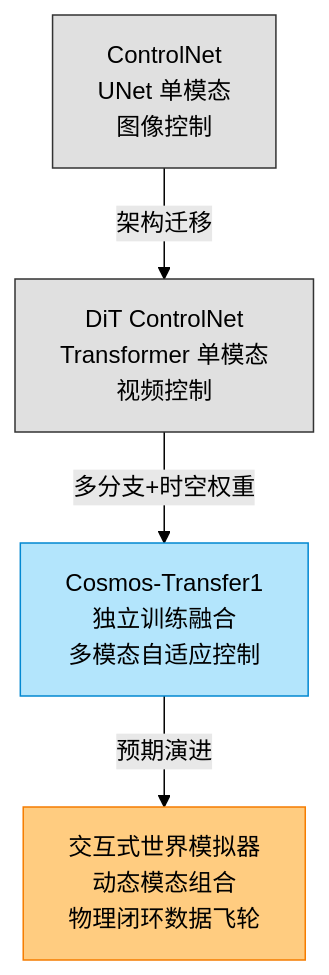
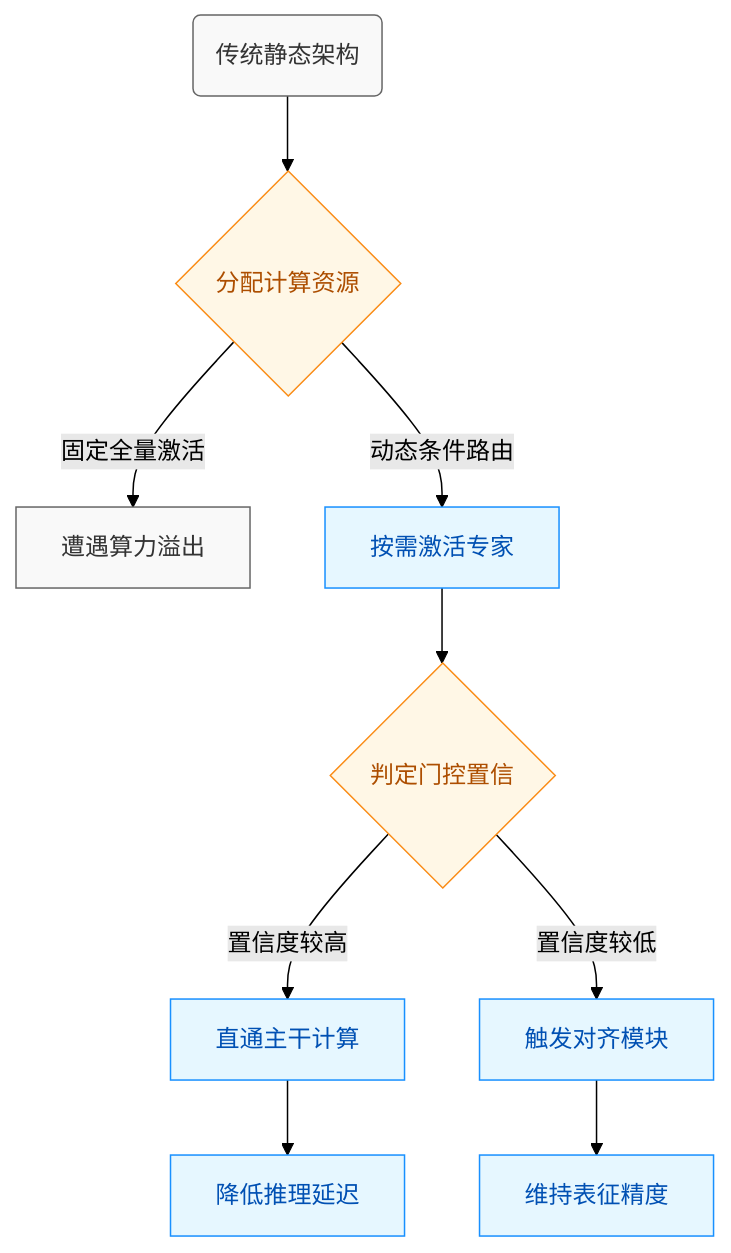
Before and after one commit to ShinewineW/paper-rolling: the tenth of 10 diagrams in person_vault/2026-06-07_CosmosTransfer1_2503.14492/report.md, drawn with Mermaid (forest theme). The commit also changed other lines of this file and 300 other files, not shown here.

````diff
--- a/person_vault/2026-06-07_CosmosTransfer1_2503.14492/report.md
+++ b/person_vault/2026-06-07_CosmosTransfer1_2503.14492/report.md
@@ -525,13 +430,17 @@
 ```mermaid
-graph TB
-  A["ControlNet<br/>UNet 单模态<br/>图像控制"] -->|架构迁移| B["DiT ControlNet<br/>Transformer 单模态<br/>视频控制"]
-  B -->|多分支+时空权重| C["Cosmos-Transfer1<br/>独立训练融合<br/>多模态自适应控制"]
-  C -->|预期演进| D["交互式世界模拟器<br/>动态模态组合<br/>物理闭环数据飞轮"]
-  
-  classDef base fill:#e0e0e0,stroke:#333,color:#000
-  classDef ours fill:#b3e5fc,stroke:#0288d1,color:#000
-  classDef future fill:#ffcc80,stroke:#f57c00,color:#000
-  class A,B base
-  class C ours
-  class D future
+flowchart TD
+    start(传统静态架构) --> route{分配计算资源}
+    route -->|固定全量激活| fail["遭遇算力溢出"]
+    route -->|动态条件路由| expert["按需激活专家"]
+    expert --> gate{判定门控置信}
+    gate -->|置信度较高| pass["直通主干计算"]
+    gate -->|置信度较低| align["触发对齐模块"]
+    pass --> end1["降低推理延迟"]
+    align --> end2["维持表征精度"]
+    classDef legacy fill:#f9f9f9,stroke:#666,color:#333;
+    classDef proposed fill:#e6f7ff,stroke:#1890ff,color:#0050b3;
+    classDef decision fill:#fff7e6,stroke:#fa8c16,color:#ad4e00;
+    class start,route,fail legacy;
+    class expert,gate,pass,align,end1,end2 proposed;
+    class route,gate decision;
 ```
````
